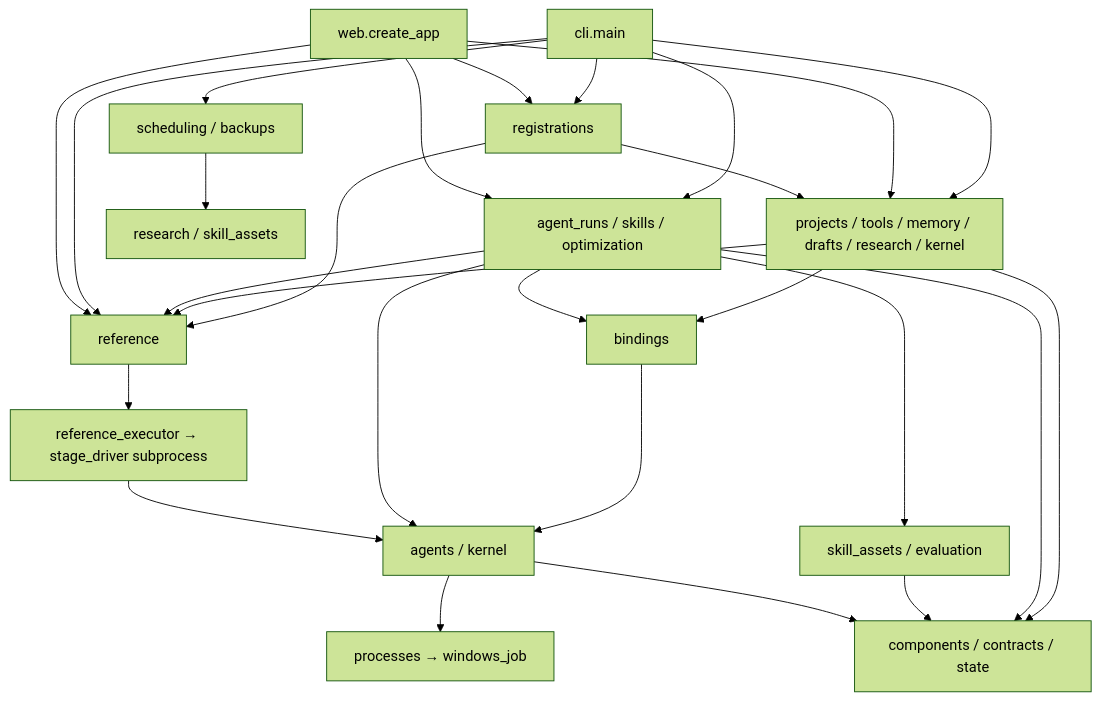
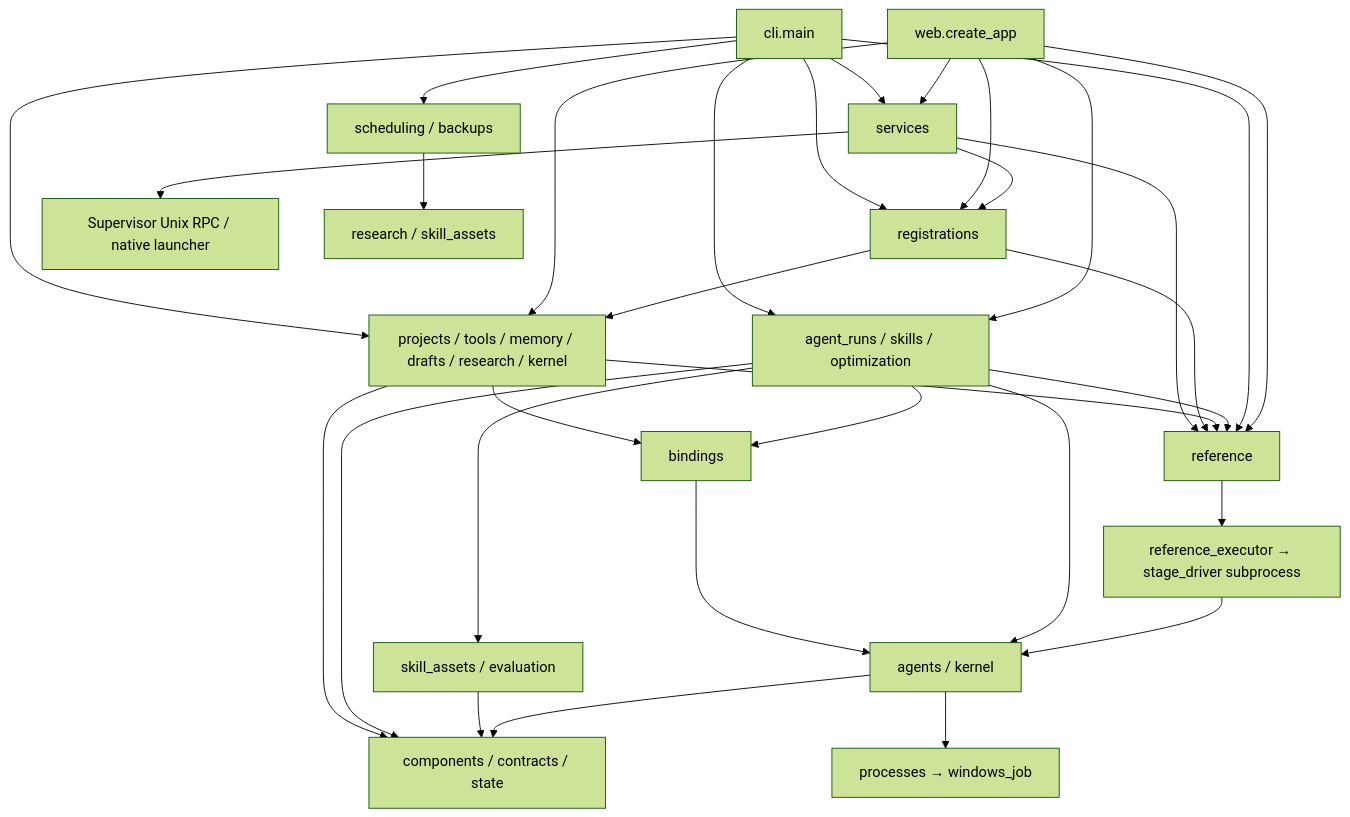
Before and after one commit to 626619403/Ergora: the first of 4 diagrams in docs/architecture/current.md, drawn with Mermaid (forest theme). The commit also changed other lines of this file and 10 other files, not shown here.

Commit message:
feat: manage explicitly selected Supervisor services and bounded logs

````diff
--- a/docs/architecture/current.md
+++ b/docs/architecture/current.md
@@ -9,29 +9,34 @@
 ```mermaid
 flowchart TB
   CLI[cli.main] --> Query[projects / tools / memory / drafts / research / kernel]
   Web[web.create_app] --> Query
   CLI --> Registration[registrations]
   Web --> Registration
   Registration --> Query
+  CLI --> Services[services]
+  Web --> Services
+  Services --> Registration
+  Services --> Ref
+  Services --> Supervisor[Supervisor Unix RPC / native launcher]
   Registration --> Ref
   CLI --> Uses[agent_runs / skills / optimization]
   Web --> Uses
   Uses --> Assets[skill_assets / evaluation]
   Query --> Bindings[bindings]
   Uses --> Bindings
   Bindings --> Native[agents / kernel]
   Uses --> Native
   Native --> Processes[processes → windows_job]
   CLI --> Optional[scheduling / backups]
   Optional --> Research[research / skill_assets]
   Query --> Ref[reference]
   Uses --> Ref
   CLI --> Ref
   Web --> Ref
   Ref --> Bridge[reference_executor → stage_driver subprocess]
   Bridge --> Native
   Query --> Foundations[components / contracts / state]
   Uses --> Foundations
   Assets --> Foundations
   Native --> Foundations
 ```
````
